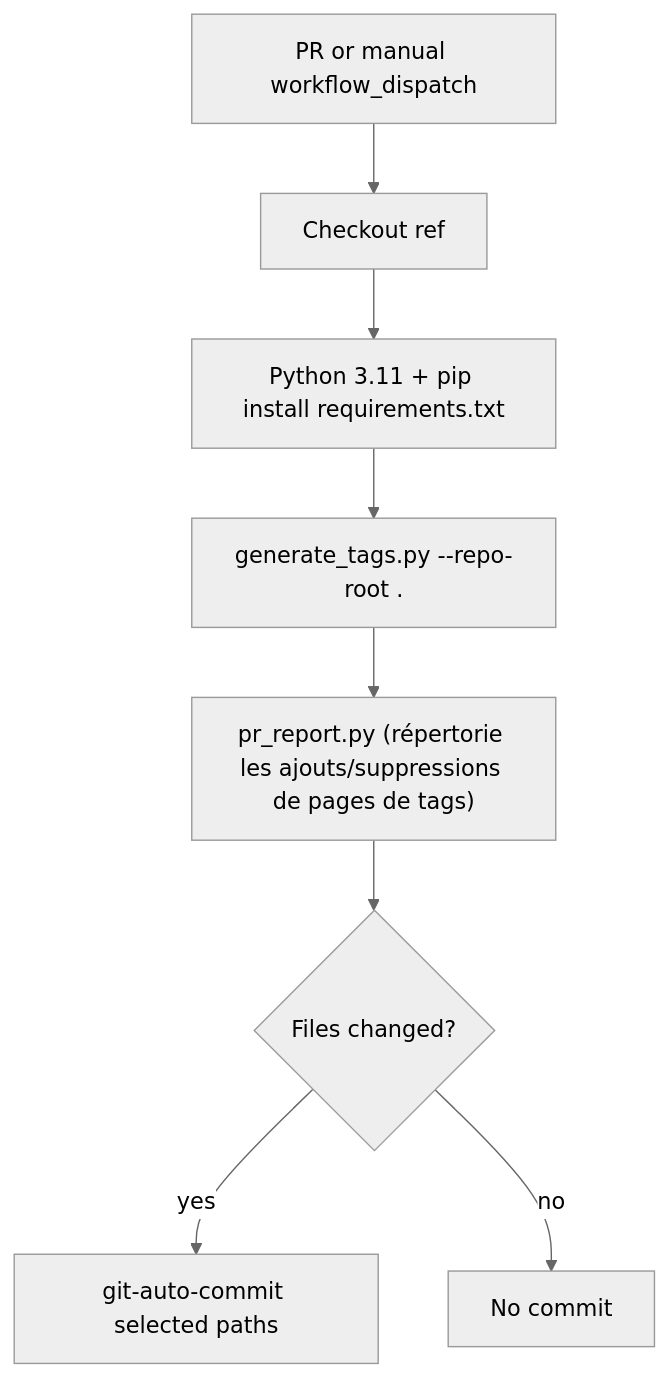
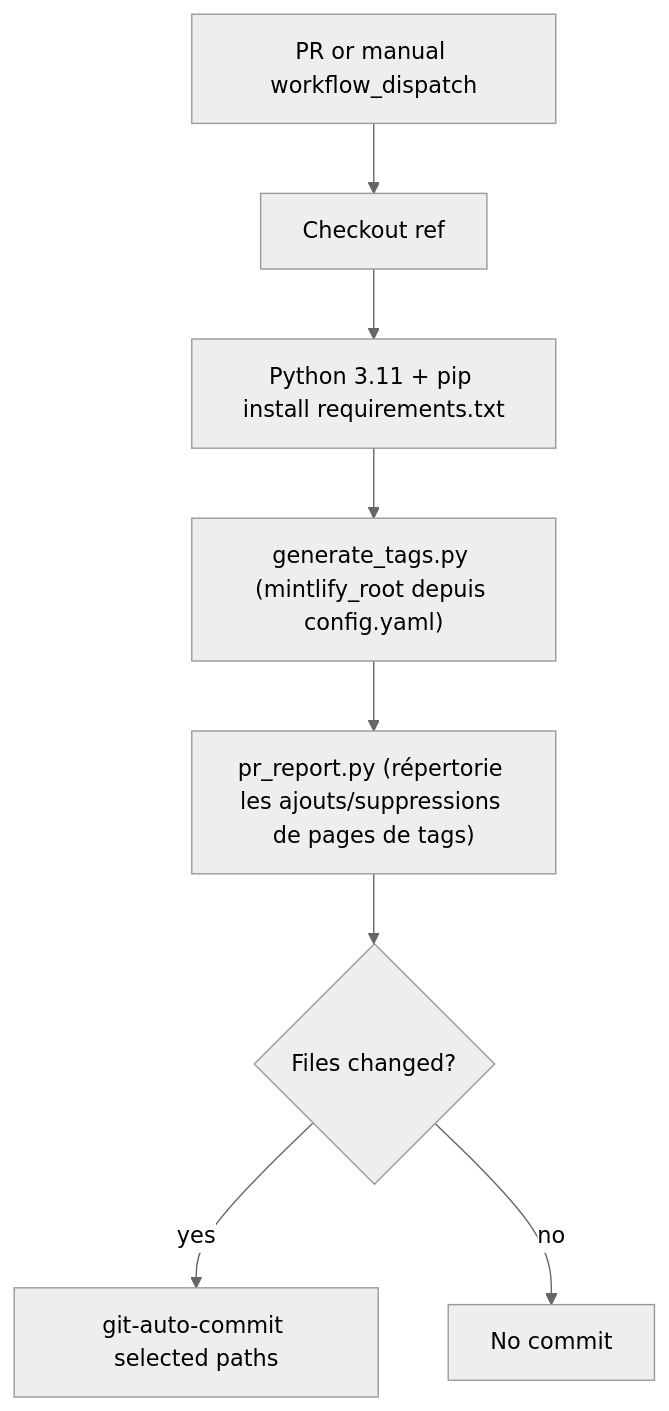
One commit to wandb/docs changed the second of 4 diagrams in fr/scripts/knowledgebase-nav/Architecture.md. Above: the diagram before and after it, drawn with Mermaid (neutral theme). The commit also changed other lines of this file and 3 other files, not shown here.

````diff
--- a/fr/scripts/knowledgebase-nav/Architecture.md
+++ b/fr/scripts/knowledgebase-nav/Architecture.md
@@ -53,10 +53,10 @@
 ```mermaid
 flowchart TD
   A[PR or manual workflow_dispatch] --> B[Checkout ref]
   B --> C[Python 3.11 + pip install requirements.txt]
-  C --> D["generate_tags.py --repo-root ."]
+  C --> D["generate_tags.py (mintlify_root depuis config.yaml)"]
   D --> R["pr_report.py (répertorie les ajouts/suppressions de pages de tags)"]
   R --> E{Files changed?}
   E -->|yes| F[git-auto-commit selected paths]
   E -->|no| G[No commit]
 ```
````
